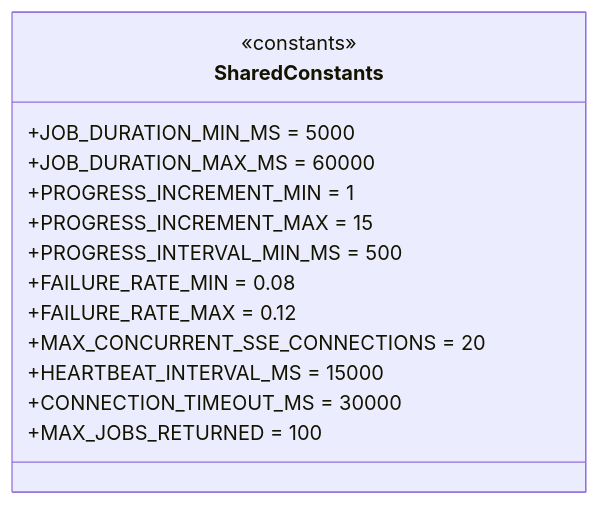
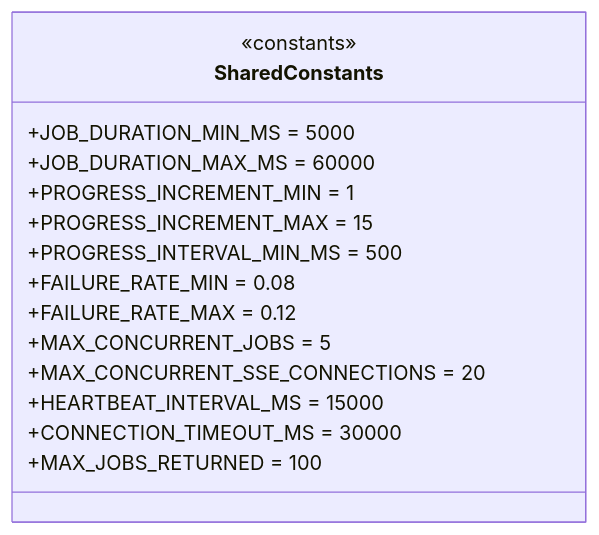
Before and after one commit to andrewhouser/job-runner: the sixth of 6 diagrams in diagrams/C4-code.md, drawn with Mermaid. The commit also changed other lines of this file and 10 other files, not shown here.

````diff
--- a/diagrams/C4-code.md
+++ b/diagrams/C4-code.md
@@ -192,17 +250,18 @@
 ```mermaid
 classDiagram
     class SharedConstants {
         <<constants>>
         +JOB_DURATION_MIN_MS = 5000
         +JOB_DURATION_MAX_MS = 60000
         +PROGRESS_INCREMENT_MIN = 1
         +PROGRESS_INCREMENT_MAX = 15
         +PROGRESS_INTERVAL_MIN_MS = 500
         +FAILURE_RATE_MIN = 0.08
         +FAILURE_RATE_MAX = 0.12
+        +MAX_CONCURRENT_JOBS = 5
         +MAX_CONCURRENT_SSE_CONNECTIONS = 20
         +HEARTBEAT_INTERVAL_MS = 15000
         +CONNECTION_TIMEOUT_MS = 30000
         +MAX_JOBS_RETURNED = 100
     }
 ```
````
